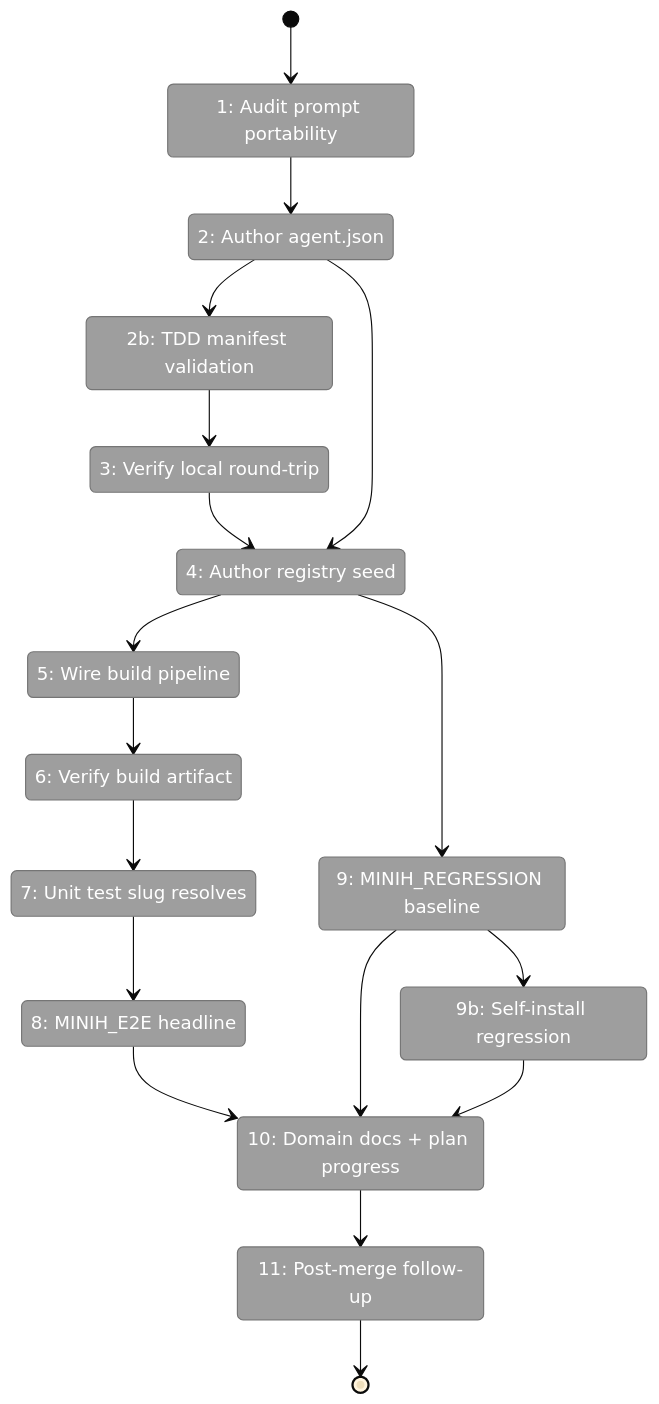
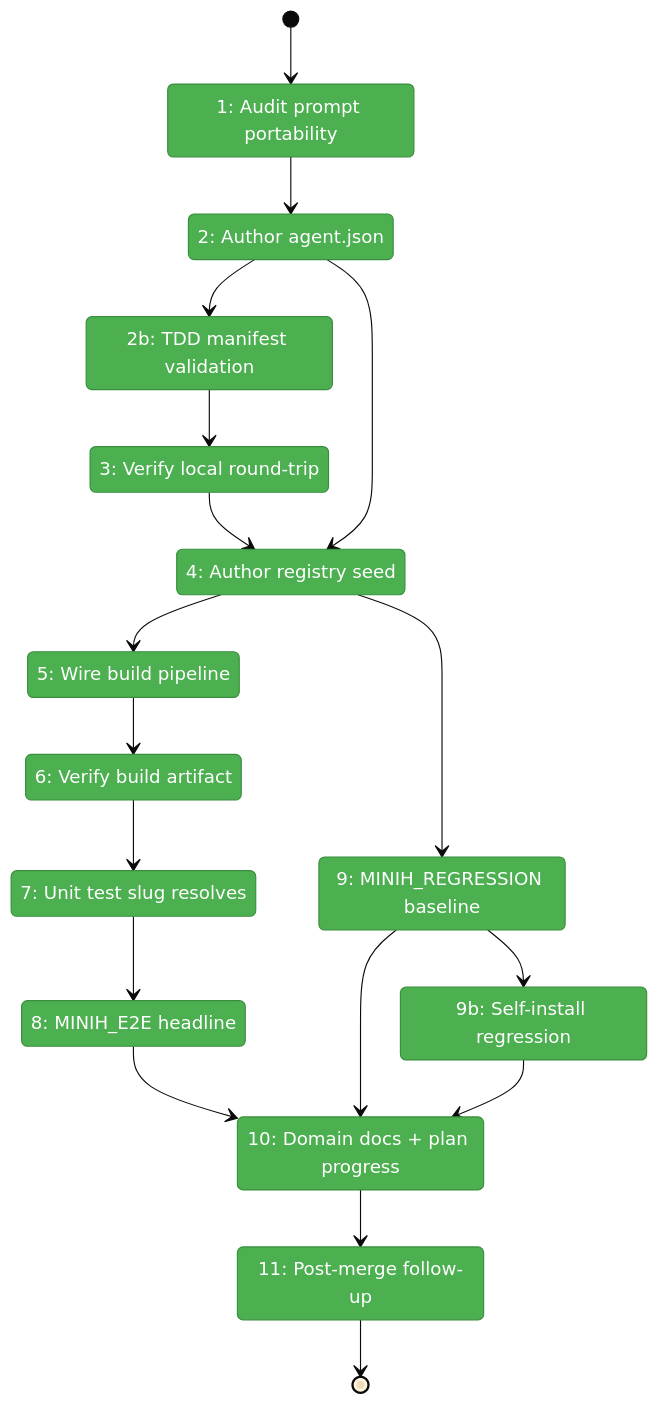
Before and after one commit to AI-Substrate/minih: the first of 2 diagrams in docs/plans/017-agent-pack-install/tasks/phase-5-registry-seed-and-dogfood/tasks.fltplan.md, drawn with Mermaid (base theme). The commit also changed other lines of this file and 10 other files, not shown here.

````diff
--- a/docs/plans/017-agent-pack-install/tasks/phase-5-registry-seed-and-dogfood/tasks.fltplan.md
+++ b/docs/plans/017-agent-pack-install/tasks/phase-5-registry-seed-and-dogfood/tasks.fltplan.md
@@ -46,41 +46,41 @@
 ```mermaid
 stateDiagram-v2
     classDef pending fill:#9E9E9E,stroke:#757575,color:#fff
     classDef active fill:#FFC107,stroke:#FFA000,color:#000
     classDef done fill:#4CAF50,stroke:#388E3C,color:#fff
     classDef blocked fill:#F44336,stroke:#D32F2F,color:#fff
 
     state "1: Audit prompt portability" as S1
     state "2: Author agent.json" as S2
     state "2b: TDD manifest validation" as S2b
     state "3: Verify local round-trip" as S3
     state "4: Author registry seed" as S4
     state "5: Wire build pipeline" as S5
     state "6: Verify build artifact" as S6
     state "7: Unit test slug resolves" as S7
     state "8: MINIH_E2E headline" as S8
     state "9: MINIH_REGRESSION baseline" as S9
     state "9b: Self-install regression" as S9b
     state "10: Domain docs + plan progress" as S10
     state "11: Post-merge follow-up" as S11
 
     [*] --> S1
     S1 --> S2
     S2 --> S2b
     S2b --> S3
     S3 --> S4
     S2 --> S4
     S4 --> S5
     S4 --> S9
     S5 --> S6
     S6 --> S7
     S7 --> S8
     S8 --> S10
     S9 --> S10
     S9 --> S9b
     S9b --> S10
     S10 --> S11
     S11 --> [*]
 
-    class S1,S2,S2b,S3,S4,S5,S6,S7,S8,S9,S9b,S10,S11 pending
+    class S1,S2,S2b,S3,S4,S5,S6,S7,S8,S9,S9b,S10,S11 done
 ```
````
